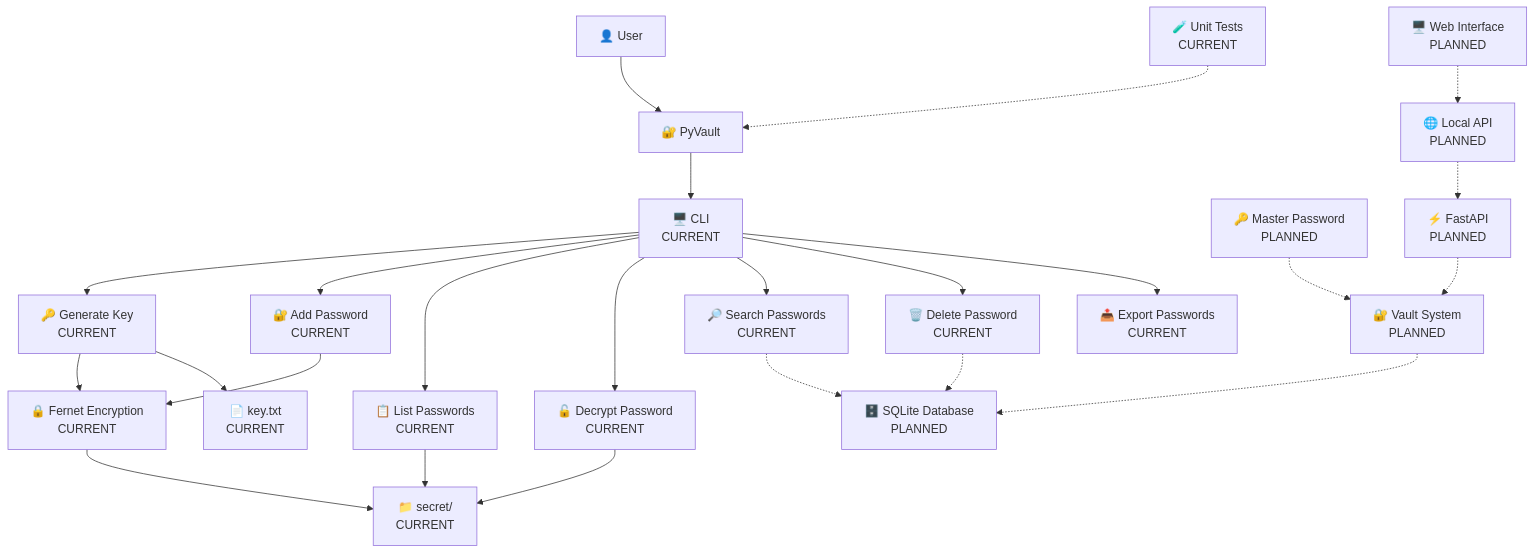
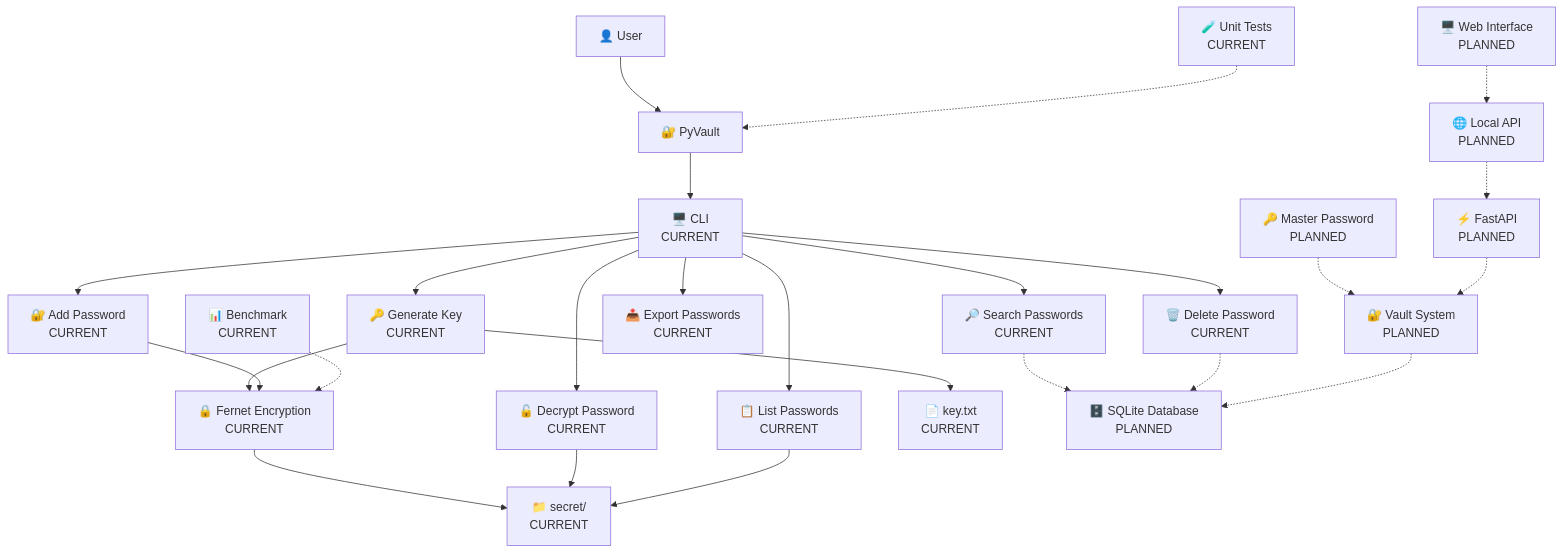
Before and after one commit to KirobotDev/PyVault: the diagram in README.md, drawn with Mermaid. The commit also changed other lines of this file and 9 other files, not shown here.

````diff
--- a/README.md
+++ b/README.md
@@ -58,66 +60,80 @@
 ```mermaid
 flowchart TD
+
     User["👤 User"]
 
     PyVault["🔐 PyVault"]
 
     CLI["🖥️ CLI<br/>CURRENT"]
 
     GenerateKey["🔑 Generate Key<br/>CURRENT"]
+
     AddPassword["🔐 Add Password<br/>CURRENT"]
+
     ListPasswords["📋 List Passwords<br/>CURRENT"]
+
     DecryptPassword["🔓 Decrypt Password<br/>CURRENT"]
 
     Fernet["🔒 Fernet Encryption<br/>CURRENT"]
+
     KeyFile["📄 key.txt<br/>CURRENT"]
+
     SecretFolder["📁 secret/<br/>CURRENT"]
 
     Search["🔎 Search Passwords<br/>CURRENT"]
+
     Delete["🗑️ Delete Password<br/>CURRENT"]
+
     Export["📤 Export Passwords<br/>CURRENT"]
+
     Tests["🧪 Unit Tests<br/>CURRENT"]
 
+    Benchmark["📊 Benchmark<br/>CURRENT"]
+
     MasterPassword["🔑 Master Password<br/>PLANNED"]
+
     Vault["🔐 Vault System<br/>PLANNED"]
+
     SQLite["🗄️ SQLite Database<br/>PLANNED"]
 
     API["🌐 Local API<br/>PLANNED"]
+
     FastAPI["⚡ FastAPI<br/>PLANNED"]
 
     Web["🖥️ Web Interface<br/>PLANNED"]
 
     User --> PyVault
 
     PyVault --> CLI
 
     CLI --> GenerateKey
     CLI --> AddPassword
     CLI --> ListPasswords
     CLI --> DecryptPassword
 
     GenerateKey --> Fernet
     GenerateKey --> KeyFile
 
     AddPassword --> Fernet
     Fernet --> SecretFolder
 
     DecryptPassword --> SecretFolder
     ListPasswords --> SecretFolder
 
     CLI --> Search
     CLI --> Delete
     CLI --> Export
 
     Search -.-> SQLite
     Delete -.-> SQLite
 
     MasterPassword -.-> Vault
     Vault -.-> SQLite
 
     API -.-> FastAPI
     FastAPI -.-> Vault
-
     Web -.-> API
 
     Tests -.-> PyVault
+    Benchmark -.-> Fernet
 ```
````
